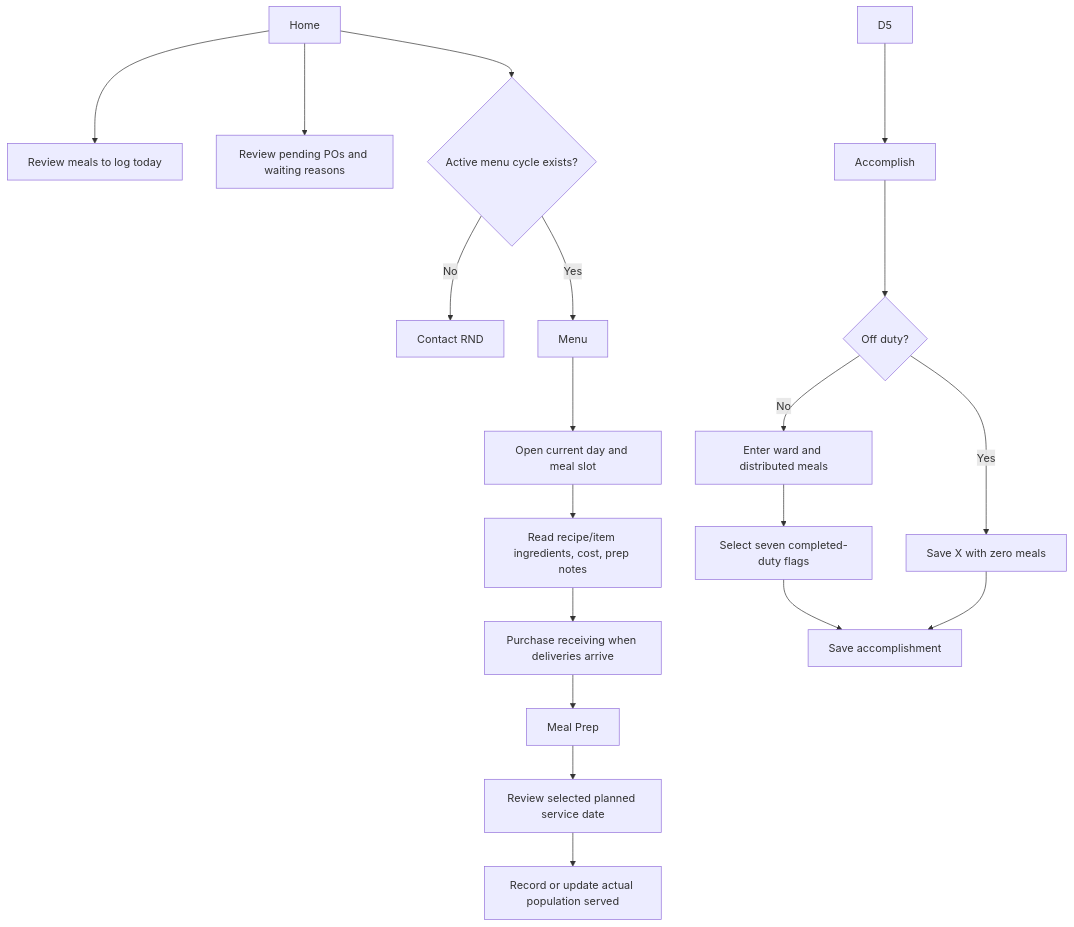
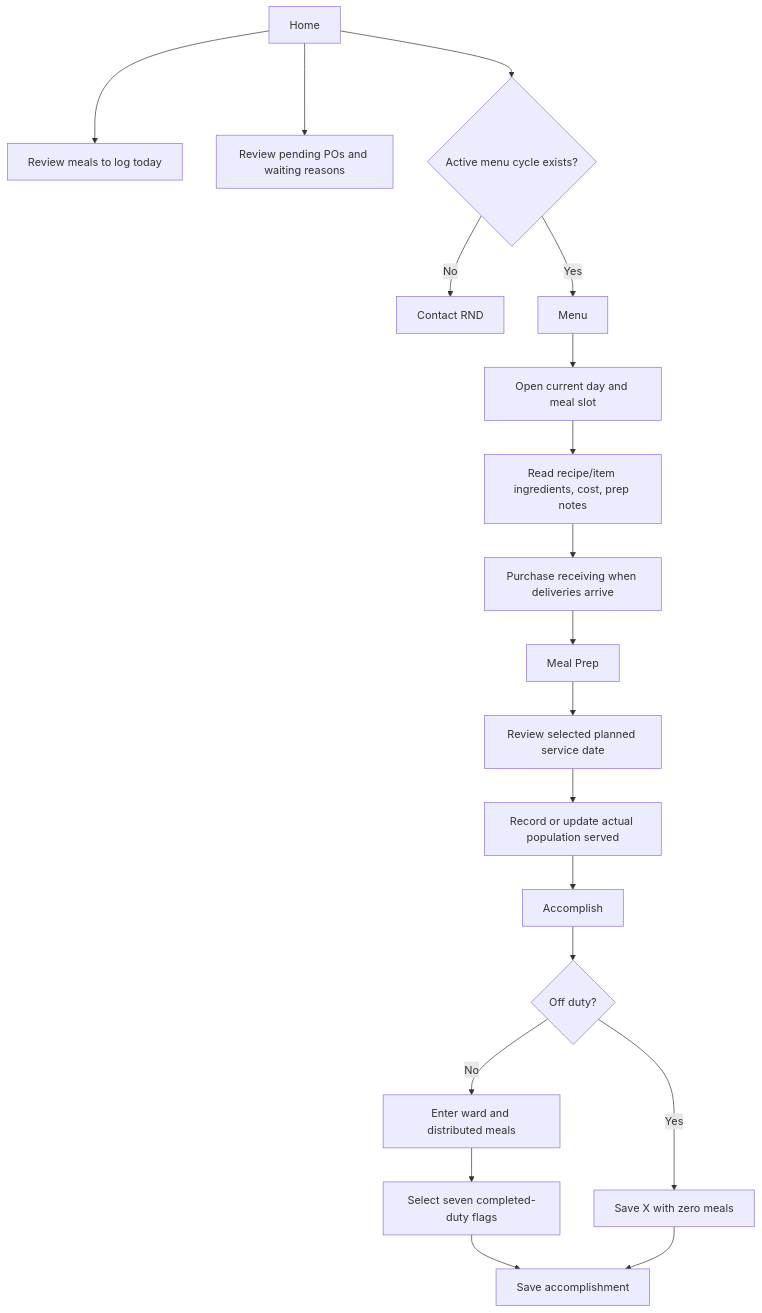
One commit to ja2gc/Nutriscope changed the second of 5 diagrams in docs/modules/Flowcharts/FSS Mobile Execution Flow.md. Above: the diagram before and after it, drawn with Mermaid. The commit also changed other lines of this file and 11 other files, not shown here.

````diff
--- a/docs/modules/Flowcharts/FSS Mobile Execution Flow.md
+++ b/docs/modules/Flowcharts/FSS Mobile Execution Flow.md
@@ -32,22 +32,22 @@
 ```mermaid
 flowchart TD
     A["Home"] --> A1["Review meals to log today"]
     A --> A2["Review pending POs and waiting reasons"]
     A --> A3{"Active menu cycle exists?"}
     A3 -->|"No"| A4["Contact RND"]
     A3 -->|"Yes"| B["Menu"]
 
     B --> B1["Open current day and meal slot"]
     B1 --> B2["Read recipe/item ingredients, cost, prep notes"]
     B2 --> C["Purchase receiving when deliveries arrive"]
     C --> D["Meal Prep"]
     D --> D1["Review selected planned service date"]
     D1 --> D2["Record or update actual population served"]
-    D5 --> E["Accomplish"]
+    D2 --> E["Accomplish"]
     E --> E1{"Off duty?"}
     E1 -->|"Yes"| E2["Save X with zero meals"]
     E1 -->|"No"| E3["Enter ward and distributed meals"]
     E3 --> E4["Select seven completed-duty flags"]
     E4 --> E5["Save accomplishment"]
     E2 --> E5
 ```
````
